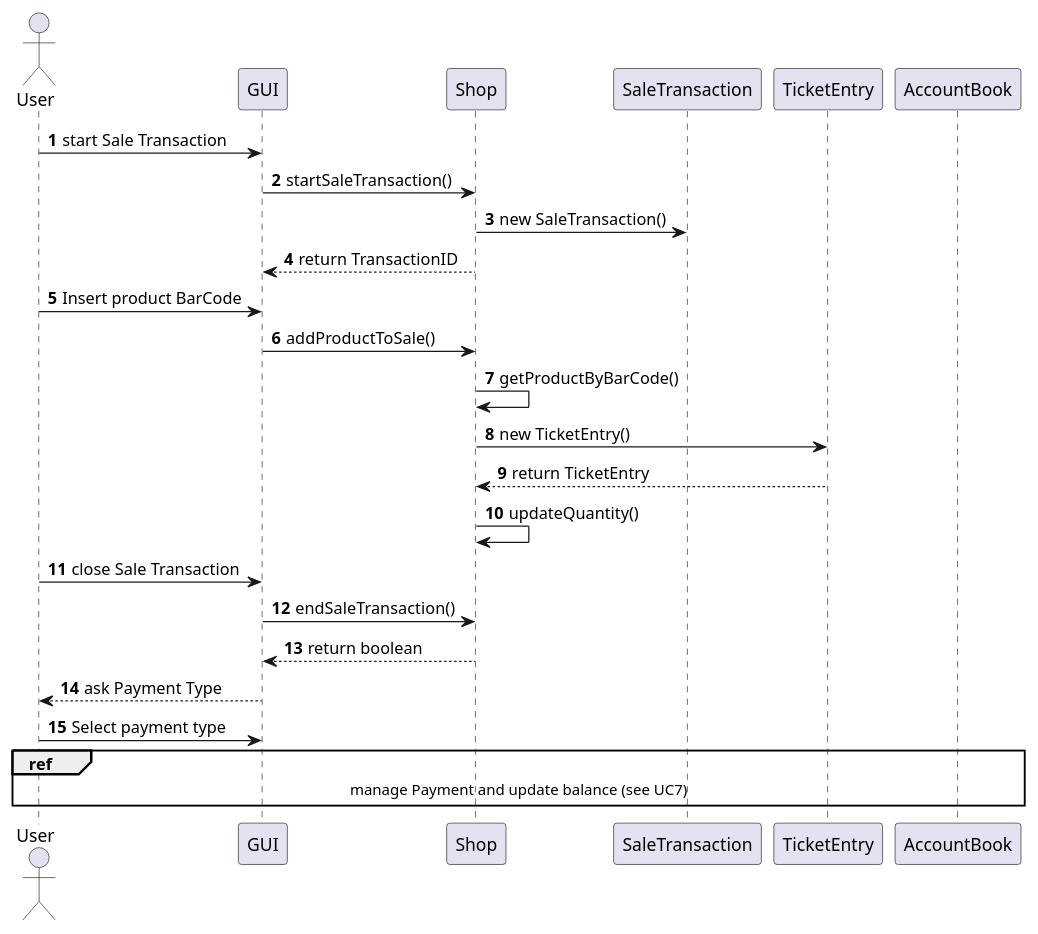
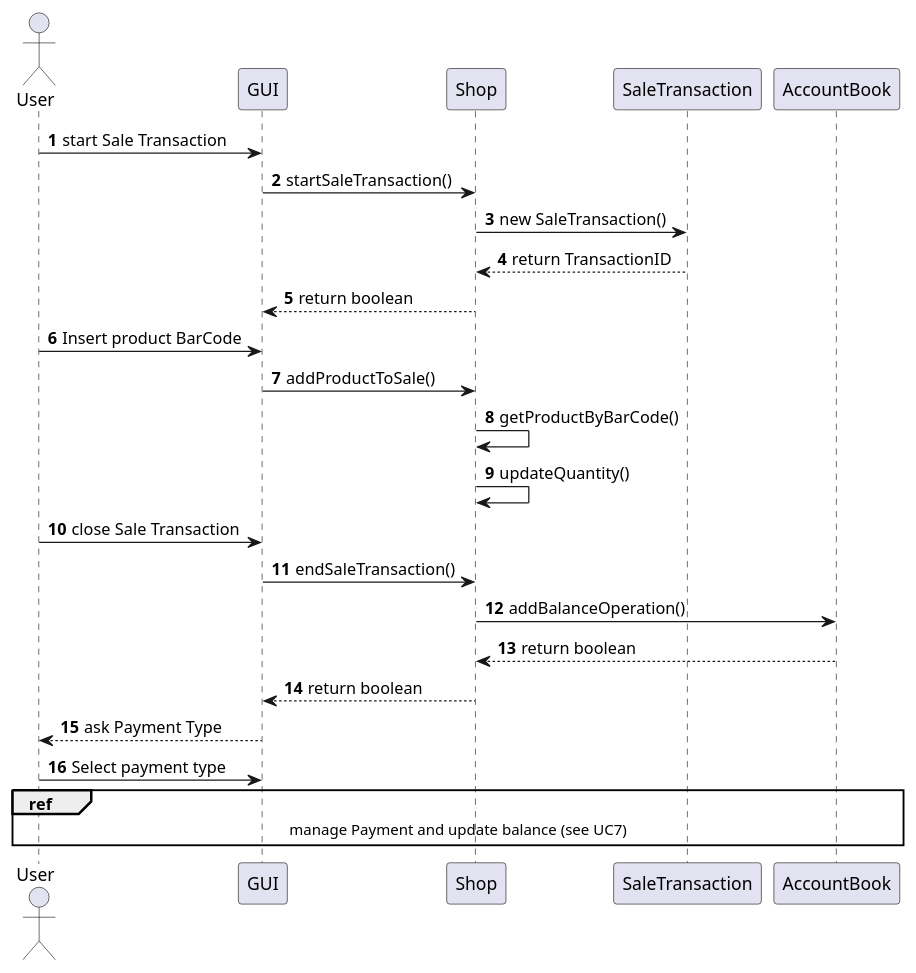
Diagram 16 of 23 in Deliverables/DesignDocument.md (Stormz4/group20-EzShop), drawn with PlantUML before and after one commit. The commit also changed other lines of this file, not shown here.

````diff
--- a/Deliverables/DesignDocument.md
+++ b/Deliverables/DesignDocument.md
@@ -629,24 +552,25 @@
 ```plantuml
 @startuml
 Actor User
 autonumber
 User -> GUI: start Sale Transaction
 GUI -> Shop: startSaleTransaction()
 Shop -> SaleTransaction: new SaleTransaction()
-Shop --> GUI: return TransactionID
+SaleTransaction --> Shop: return TransactionID
+Shop --> GUI: return boolean
 User -> GUI: Insert product BarCode
 GUI -> Shop: addProductToSale()
 Shop -> Shop: getProductByBarCode()
-Shop -> TicketEntry: new TicketEntry()
-TicketEntry --> Shop: return TicketEntry
 Shop -> Shop : updateQuantity()
 User -> GUI: close Sale Transaction
 GUI -> Shop: endSaleTransaction()
+Shop -> AccountBook: addBalanceOperation()
+AccountBook --> Shop: return boolean
 Shop --> GUI: return boolean
 GUI --> User: ask Payment Type
 User -> GUI: Select payment type
 ref over GUI, User, Shop, AccountBook
  manage Payment and update balance (see UC7)
 end ref
 @enduml
 ```
````
